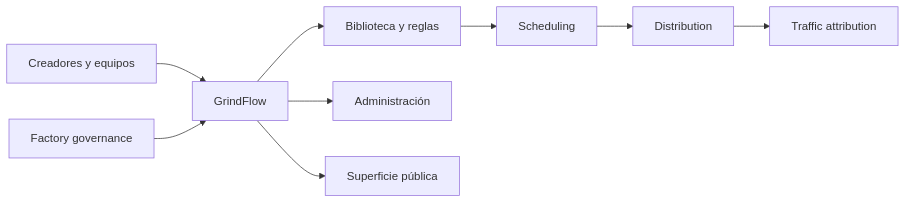
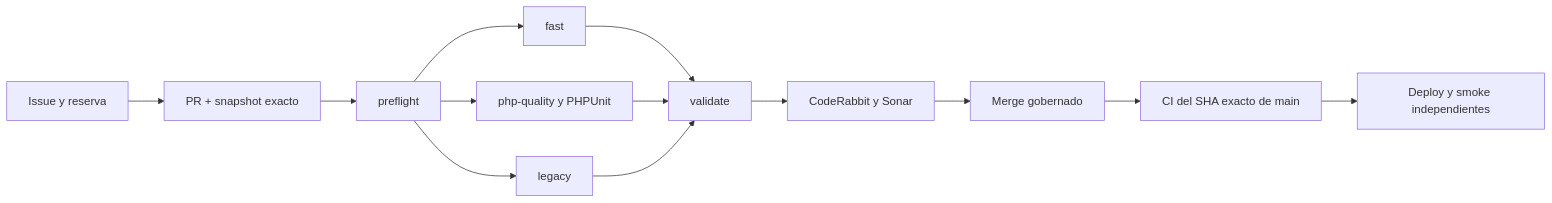
Before and after one commit to pl0n3r/GrindFlow: the diagram in README.md, drawn with Mermaid. The commit also changed other lines of this file, not shown here.

Commit message:
docs(readme): alinear dashboard al contrato del patch 0.1.217 (#411)

````diff
--- a/README.md
+++ b/README.md
@@ -63,11 +47,15 @@
 ```mermaid
 flowchart LR
-    U[Creadores y equipos] --> G[GrindFlow]
-    G --> C[Biblioteca y reglas]
-    C --> S[Scheduling]
-    S --> D[Distribution]
-    D --> T[Traffic attribution]
-    G --> A[Administración]
-    G --> P[Superficie pública]
-    F[Factory governance] --> G
+ A[Issue y reserva] --> B[PR + snapshot exacto]
+ B --> C[preflight]
+ C --> D[fast]
+ C --> E[php-quality y PHPUnit]
+ C --> F[legacy]
+ D --> G[validate]
+ E --> G
+ F --> G
+ G --> H[CodeRabbit y Sonar]
+ H --> I[Merge gobernado]
+ I --> J[CI del SHA exacto de main]
+ J --> K[Deploy y smoke independientes]
 ```
````
